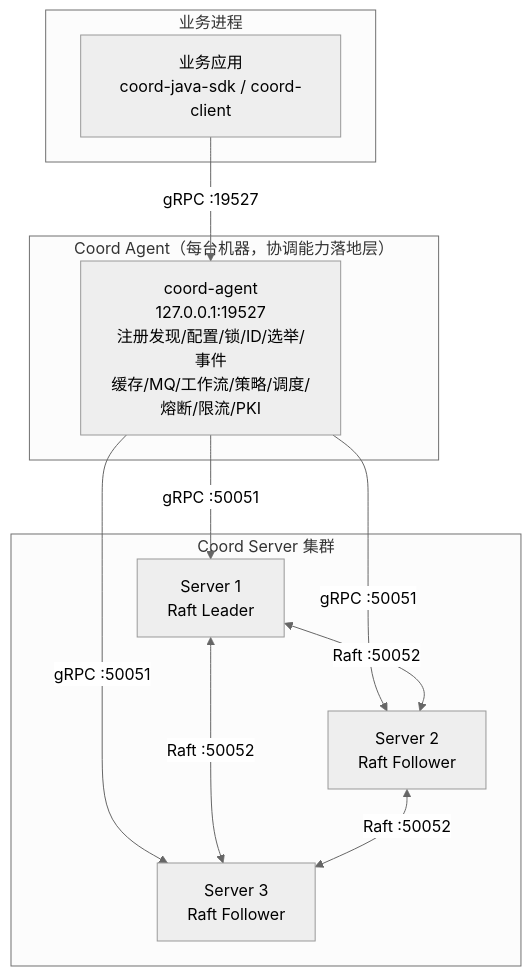
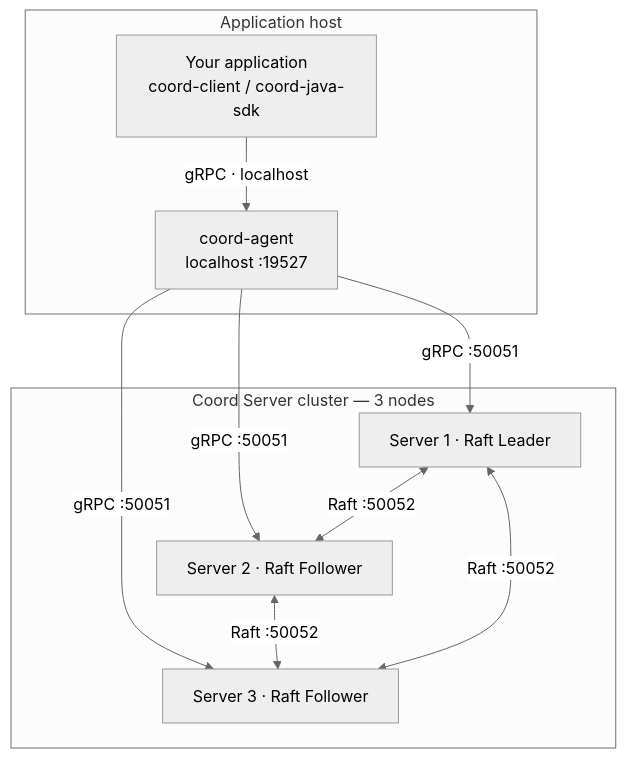
One commit to byteforce-cn/coord changed the diagram in README.md. Above: the diagram before and after it, drawn with Mermaid (neutral theme). The commit also changed other lines of this file and 1 other file, not shown here.

````diff
--- a/README.md
+++ b/README.md
@@ -56,24 +30,20 @@
 ```mermaid
 graph TD
-    subgraph "业务进程"
-        APP[业务应用<br/>coord-java-sdk / coord-client]
+    subgraph "Application host"
+        APP[Your application<br/>coord-client / coord-java-sdk]
+        AGENT[coord-agent<br/>localhost :19527]
+    end
+    subgraph "Coord Server cluster — 3 nodes"
+        S1[Server 1 · Raft Leader]
+        S2[Server 2 · Raft Follower]
+        S3[Server 3 · Raft Follower]
     end
 
-    subgraph "Coord Agent（每台机器，协调能力落地层）"
-        AGENT[coord-agent<br/>127.0.0.1:19527<br/>注册发现/配置/锁/ID/选举/事件<br/>缓存/MQ/工作流/策略/调度/熔断/限流/PKI]
-    end
-
-    subgraph "Coord Server 集群"
-        S1[Server 1<br/>Raft Leader]
-        S2[Server 2<br/>Raft Follower]
-        S3[Server 3<br/>Raft Follower]
-    end
-
-    APP -->|gRPC :19527| AGENT
+    APP -->|gRPC · localhost| AGENT
     AGENT -->|gRPC :50051| S1
     AGENT -->|gRPC :50051| S2
     AGENT -->|gRPC :50051| S3
     S1 <-->|Raft :50052| S2
-    S1 <-->|Raft :50052| S3
     S2 <-->|Raft :50052| S3
+    S3 <-->|Raft :50052| S1
 ```
````
